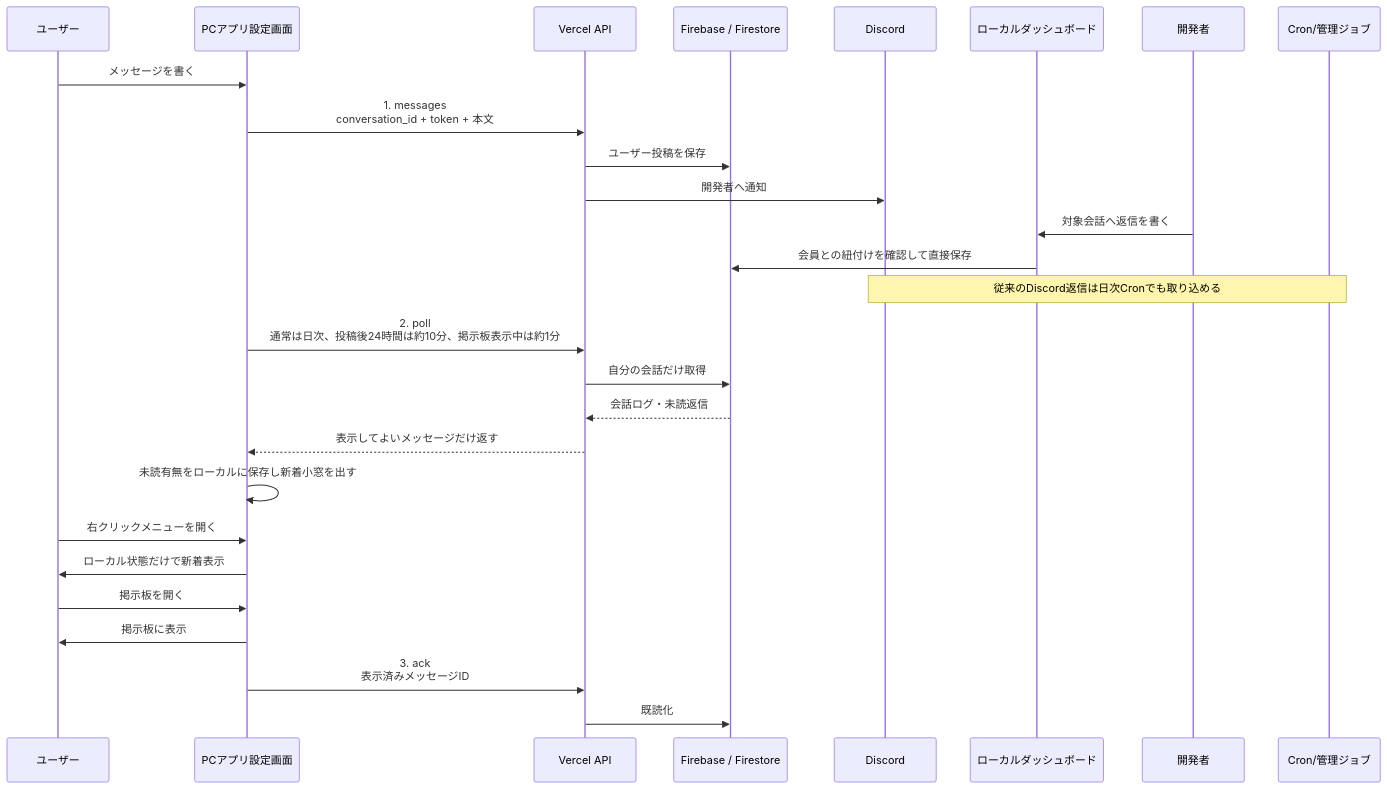
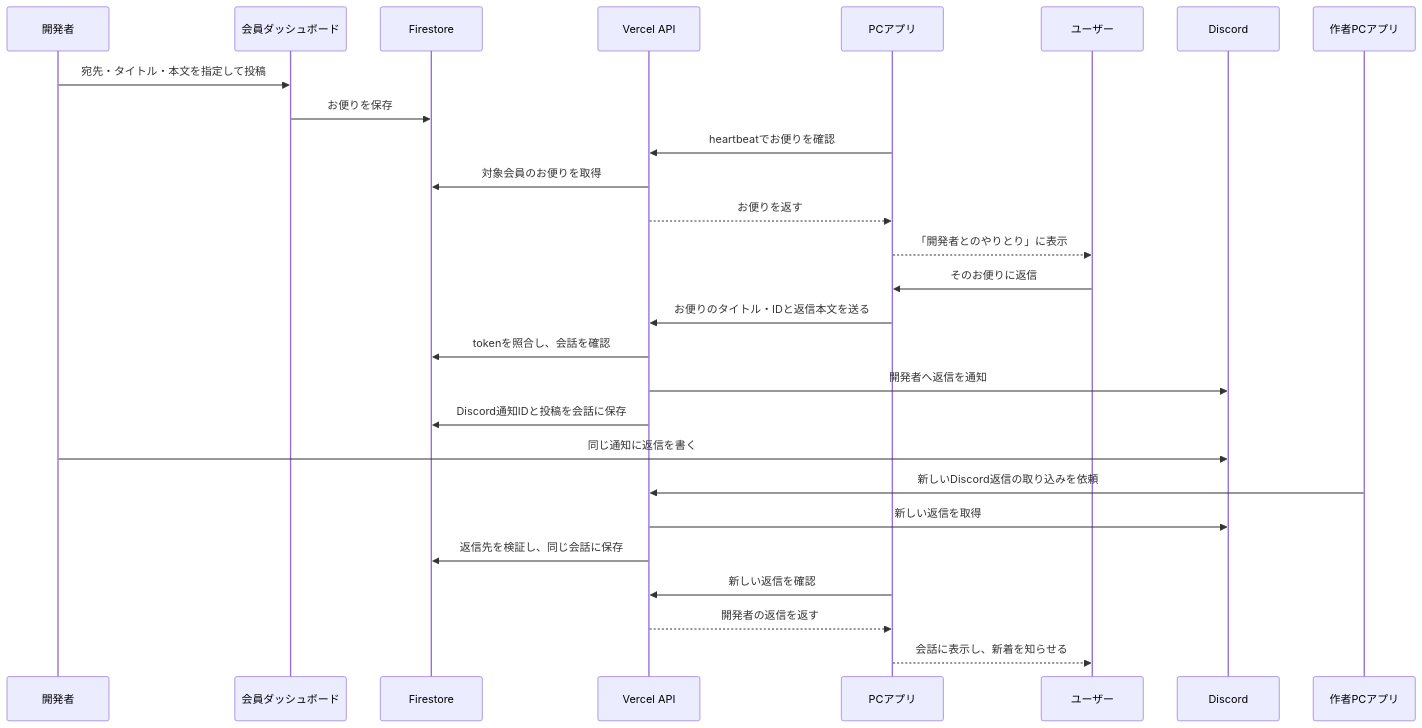
The fourth of 4 diagrams in docs-v2/007_COMMUNICATION.md (ore-no-fusen/ore-no-fusen), drawn with Mermaid before and after one commit. The commit also changed other lines of this file and 20 other files, not shown here.

````diff
--- a/docs-v2/007_COMMUNICATION.md
+++ b/docs-v2/007_COMMUNICATION.md
@@ -399,33 +298,30 @@
 ```mermaid
 sequenceDiagram
+    participant Dev as 開発者
+    participant Dash as 会員ダッシュボード
+    participant DB as Firestore
+    participant API as Vercel API
+    participant PC as PCアプリ
     participant User as ユーザー
-    participant PC as PCアプリ設定画面
-    participant API as Vercel API
-    participant Firestore as Firebase / Firestore
     participant Discord as Discord
-    participant Dash as ローカルダッシュボード
-    participant Dev as 開発者
-    participant Job as Cron/管理ジョブ
+    participant AuthorPC as 作者PCアプリ
 
-    User->>PC: メッセージを書く
-    PC->>API: 1. messages<br>conversation_id + token + 本文
-    API->>Firestore: ユーザー投稿を保存
-    API->>Discord: 開発者へ通知
-
-    Dev->>Dash: 対象会話へ返信を書く
-    Dash->>Firestore: 会員との紐付けを確認して直接保存
-    Note over Job,Discord: 従来のDiscord返信は日次Cronでも取り込める
-
-    PC->>API: 2. poll<br>通常は日次、投稿後24時間は約10分、掲示板表示中は約1分
-    API->>Firestore: 自分の会話だけ取得
-    Firestore-->>API: 会話ログ・未読返信
-    API-->>PC: 表示してよいメッセージだけ返す
-    PC->>PC: 未読有無をローカルに保存し新着小窓を出す
-    User->>PC: 右クリックメニューを開く
-    PC->>User: ローカル状態だけで新着表示
-    User->>PC: 掲示板を開く
-    PC->>User: 掲示板に表示
-
-    PC->>API: 3. ack<br>表示済みメッセージID
-    API->>Firestore: 既読化
+    Dev->>Dash: 宛先・タイトル・本文を指定して投稿
+    Dash->>DB: お便りを保存
+    PC->>API: heartbeatでお便りを確認
+    API->>DB: 対象会員のお便りを取得
+    API-->>PC: お便りを返す
+    PC-->>User: 「開発者とのやりとり」に表示
+    User->>PC: そのお便りに返信
+    PC->>API: お便りのタイトル・IDと返信本文を送る
+    API->>DB: tokenを照合し、会話を確認
+    API->>Discord: 開発者へ返信を通知
+    API->>DB: Discord通知IDと投稿を会話に保存
+    Dev->>Discord: 同じ通知に返信を書く
+    AuthorPC->>API: 新しいDiscord返信の取り込みを依頼
+    API->>Discord: 新しい返信を取得
+    API->>DB: 返信先を検証し、同じ会話に保存
+    PC->>API: 新しい返信を確認
+    API-->>PC: 開発者の返信を返す
+    PC-->>User: 会話に表示し、新着を知らせる
 ```
````
